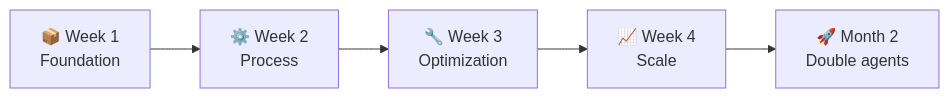
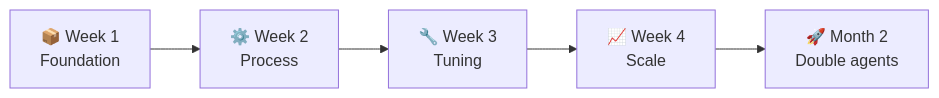
The diagram in content/blog/agentcenter-community-power-users.mdx (MissionControlSquad/website), drawn with Mermaid before and after one commit. The commit also changed other lines of this file and 36 other files, not shown here.

````diff
--- a/content/blog/agentcenter-community-power-users.mdx
+++ b/content/blog/agentcenter-community-power-users.mdx
@@ -196,7 +196,7 @@
 ```mermaid
 graph LR
     A["📦 Week 1<br/>Foundation"] --> B["⚙️ Week 2<br/>Process"]
-    B --> C["🔧 Week 3<br/>Optimization"]
+    B --> C["🔧 Week 3<br/>Tuning"]
     C --> D["📈 Week 4<br/>Scale"]
     D --> E["🚀 Month 2<br/>Double agents"]
 ```
````
